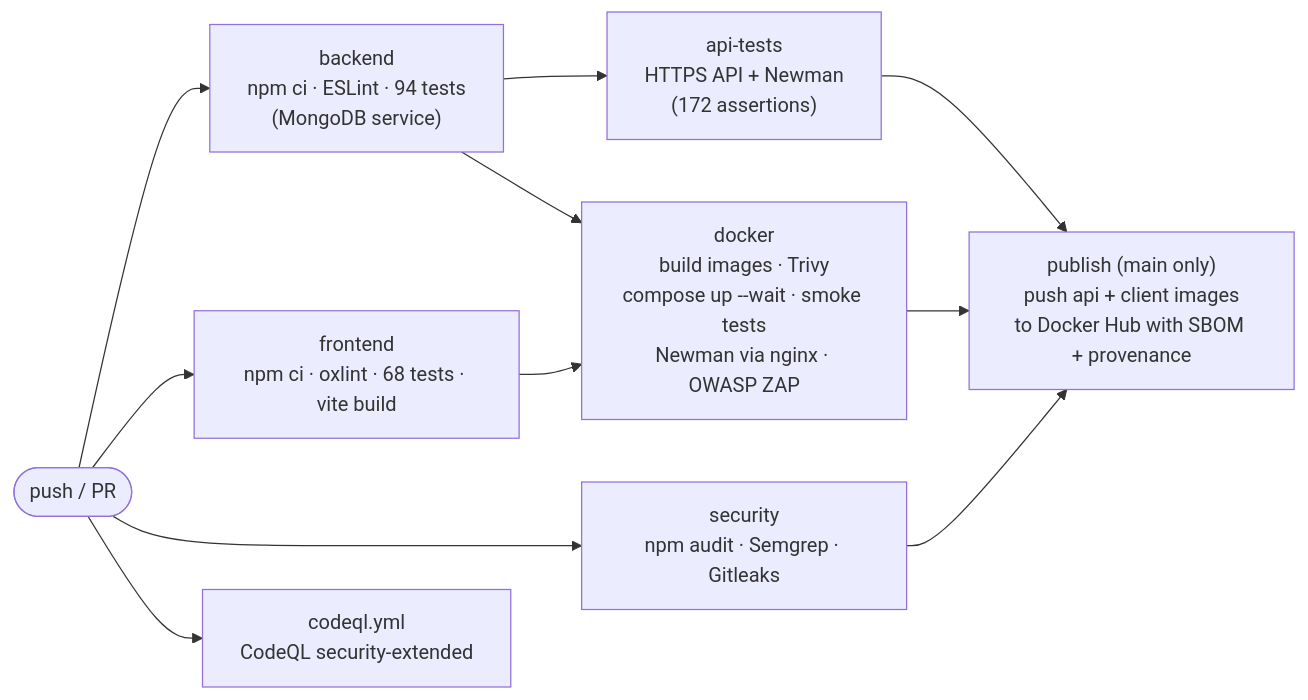
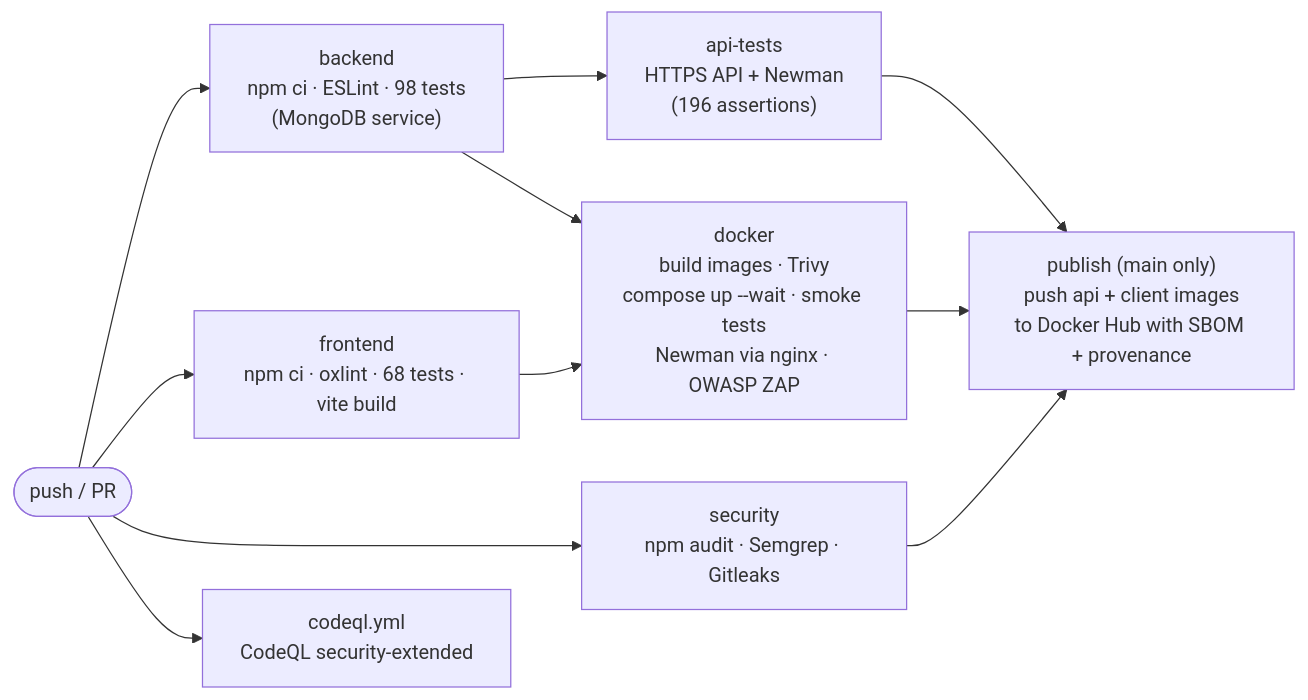
The second of 2 diagrams in README.md (evanildo26/hustlehub-plus-part3), drawn with Mermaid before and after one commit. The commit also changed other lines of this file and 11 other files, not shown here.

````diff
--- a/README.md
+++ b/README.md
@@ -553,13 +565,13 @@
 ```mermaid
 flowchart LR
-    push(["push / PR"]) --> B["backend<br/>npm ci · ESLint · 94 tests<br/>(MongoDB service)"]
+    push(["push / PR"]) --> B["backend<br/>npm ci · ESLint · 98 tests<br/>(MongoDB service)"]
     push --> F["frontend<br/>npm ci · oxlint · 68 tests · vite build"]
     push --> S["security<br/>npm audit · Semgrep · Gitleaks"]
-    B --> N["api-tests<br/>HTTPS API + Newman<br/>(172 assertions)"]
+    B --> N["api-tests<br/>HTTPS API + Newman<br/>(196 assertions)"]
     B --> D["docker<br/>build images · Trivy<br/>compose up --wait · smoke tests<br/>Newman via nginx · OWASP ZAP"]
     F --> D
     N --> P["publish (main only)<br/>push api + client images<br/>to Docker Hub with SBOM + provenance"]
     S --> P
     D --> P
     push --> Q["codeql.yml<br/>CodeQL security-extended"]
 ```
````
